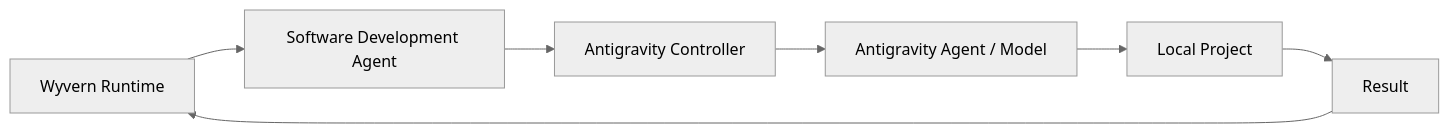
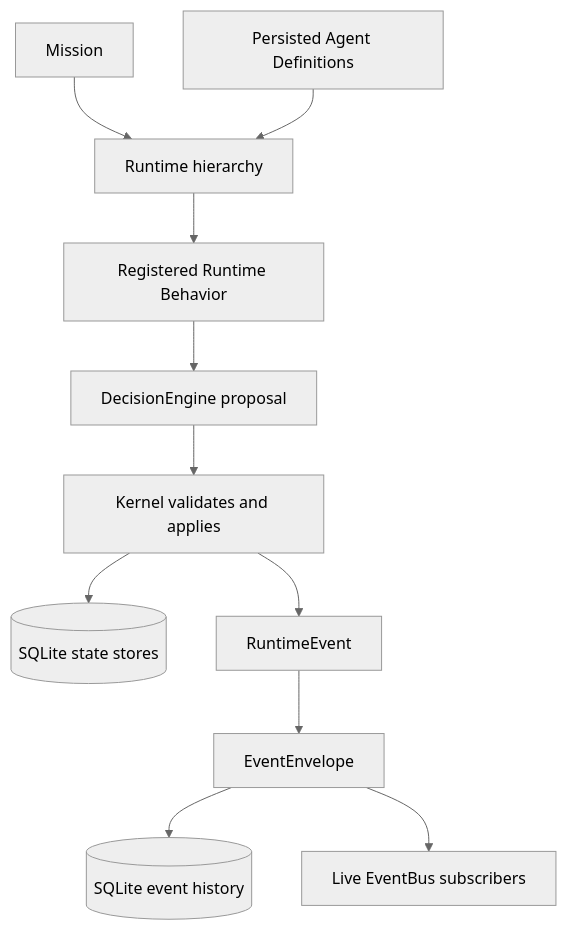
Before and after one commit to AnuAnsh17/wyvernOS: the diagram in README.md, drawn with Mermaid (neutral theme). The commit also changed other lines of this file, not shown here.

````diff
--- a/README.md
+++ b/README.md
@@ -211,9 +26,13 @@
 ```mermaid
-flowchart LR
-    W[Wyvern Runtime] --> S[Software Development Agent]
-    S --> A[Antigravity Controller]
-    A --> B[Antigravity Agent / Model]
-    B --> P[Local Project]
-    P --> R[Result]
-    R --> W
+flowchart TD
+    M[Mission] --> R[Runtime hierarchy]
+    A[Persisted Agent Definitions] --> R
+    R --> B[Registered Runtime Behavior]
+    B --> D[DecisionEngine proposal]
+    D --> K[Kernel validates and applies]
+    K --> S[(SQLite state stores)]
+    K --> E[RuntimeEvent]
+    E --> V[EventEnvelope]
+    V --> H[(SQLite event history)]
+    V --> L[Live EventBus subscribers]
 ```
````
